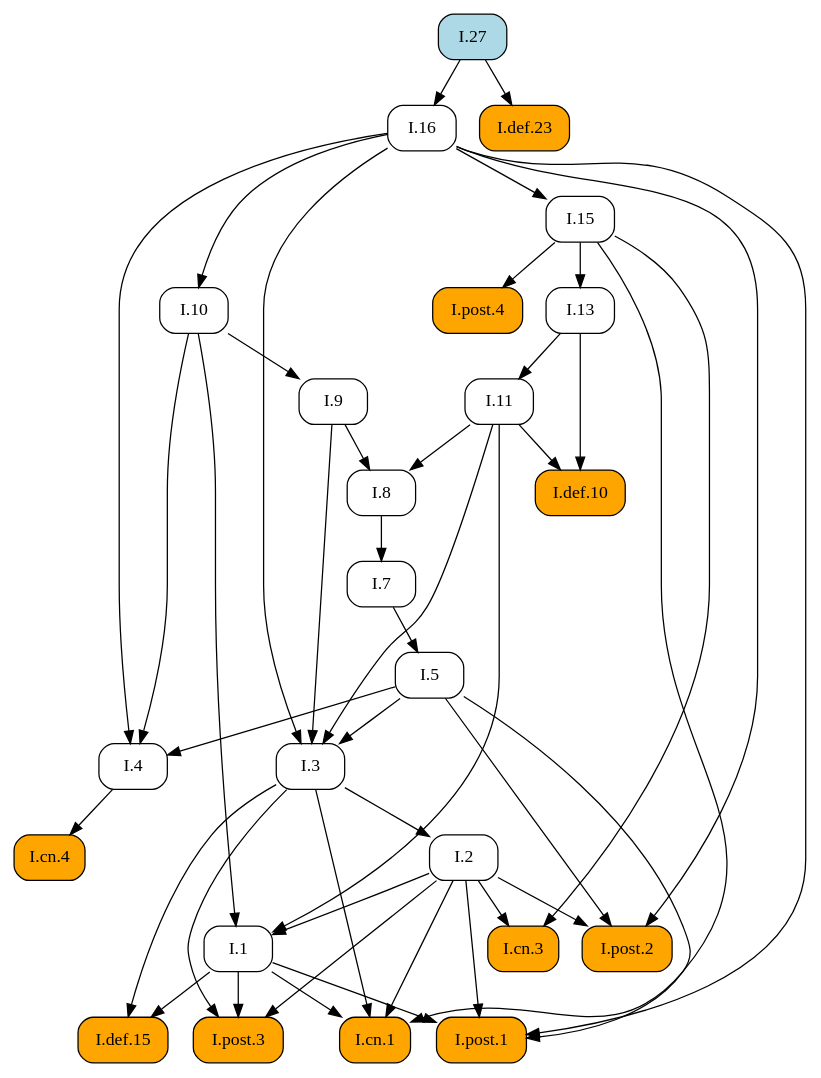
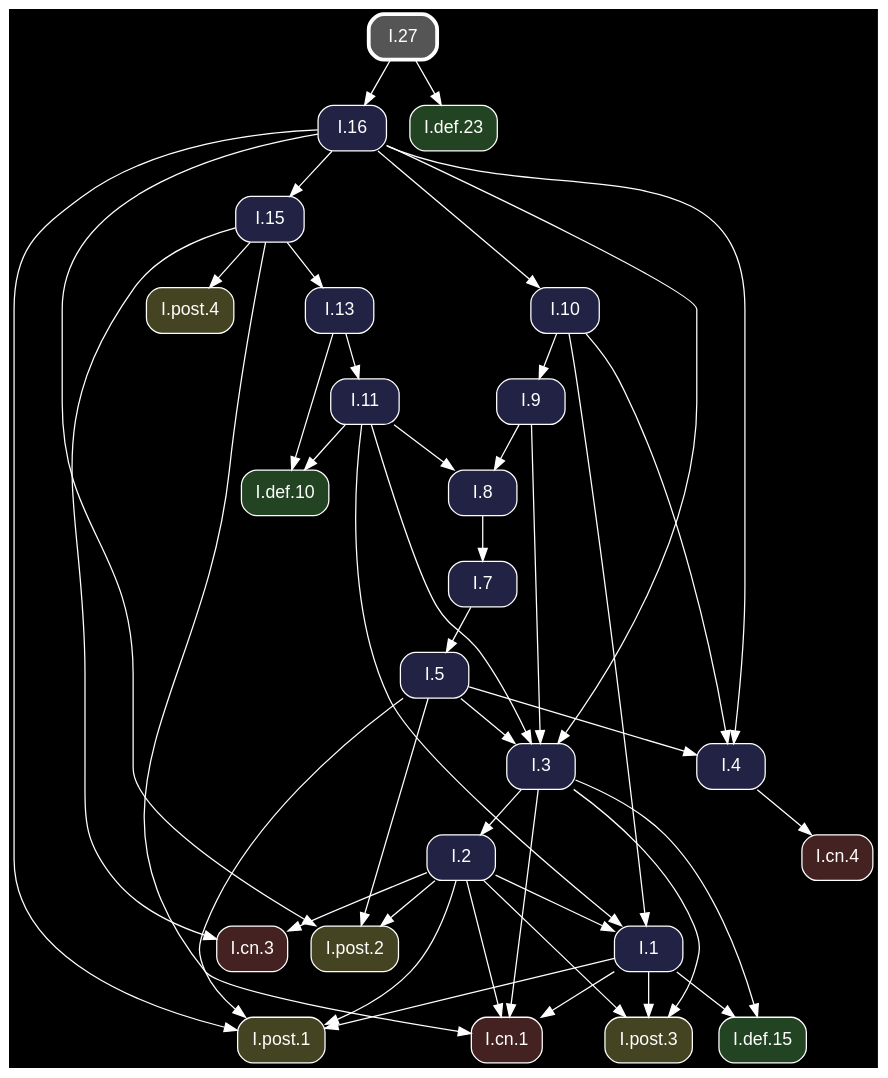
One commit to geometor/elements changed the diagram in docsrc/heath/I/27/index.rst. Above: the diagram before and after it, drawn with Graphviz. The commit also changed other lines of this file and 1200 other files, not shown here.

Commit message:
update dependency graphs

```diff
--- a/docsrc/heath/I/27/index.rst
+++ b/docsrc/heath/I/27/index.rst
@@ -83,74 +83,76 @@
 .. graphviz::
 
    digraph {
+     bgcolor="black";
+     node [shape=box, style="rounded,filled", fontname="Helvetica", color="white", fontcolor="white"];
+     edge [color="white", fontcolor="white"];
      rankdir="TB";
-     node [shape=box, style=rounded];
-     "I.9" [URL="/heath/I/9/", target="_top"];
-     "I.cn.1" [style="rounded,filled", fillcolor=orange, URL="/heath/I/cn.1/", target="_top"];
-     "I.7" [URL="/heath/I/7/", target="_top"];
-     "I.2" [URL="/heath/I/2/", target="_top"];
-     "I.def.15" [style="rounded,filled", fillcolor=orange, URL="/heath/I/def.15/", target="_top"];
-     "I.13" [URL="/heath/I/13/", target="_top"];
-     "I.post.4" [style="rounded,filled", fillcolor=orange, URL="/heath/I/post.4/", target="_top"];
-     "I.4" [URL="/heath/I/4/", target="_top"];
-     "I.1" [URL="/heath/I/1/", target="_top"];
-     "I.post.3" [style="rounded,filled", fillcolor=orange, URL="/heath/I/post.3/", target="_top"];
-     "I.post.1" [style="rounded,filled", fillcolor=orange, URL="/heath/I/post.1/", target="_top"];
-     "I.5" [URL="/heath/I/5/", target="_top"];
-     "I.8" [URL="/heath/I/8/", target="_top"];
-     "I.cn.3" [style="rounded,filled", fillcolor=orange, URL="/heath/I/cn.3/", target="_top"];
-     "I.16" [URL="/heath/I/16/", target="_top"];
-     "I.def.10" [style="rounded,filled", fillcolor=orange, URL="/heath/I/def.10/", target="_top"];
-     "I.15" [URL="/heath/I/15/", target="_top"];
-     "I.10" [URL="/heath/I/10/", target="_top"];
-     "I.11" [URL="/heath/I/11/", target="_top"];
-     "I.def.23" [style="rounded,filled", fillcolor=orange, URL="/heath/I/def.23/", target="_top"];
-     "I.27" [style="rounded,filled", fillcolor=lightblue, URL="/heath/I/27/", target="_top"];
-     "I.cn.4" [style="rounded,filled", fillcolor=orange, URL="/heath/I/cn.4/", target="_top"];
-     "I.post.2" [style="rounded,filled", fillcolor=orange, URL="/heath/I/post.2/", target="_top"];
-     "I.3" [URL="/heath/I/3/", target="_top"];
-     "I.10" -> "I.9";
+     "I.3" [fillcolor="#222244", URL="/heath/I/3/", target="_top"];
+     "I.post.1" [fillcolor="#444422", URL="/heath/I/post.1/", target="_top"];
+     "I.cn.1" [fillcolor="#442222", URL="/heath/I/cn.1/", target="_top"];
+     "I.def.10" [fillcolor="#224422", URL="/heath/I/def.10/", target="_top"];
+     "I.15" [fillcolor="#222244", URL="/heath/I/15/", target="_top"];
+     "I.11" [fillcolor="#222244", URL="/heath/I/11/", target="_top"];
+     "I.16" [fillcolor="#222244", URL="/heath/I/16/", target="_top"];
+     "I.cn.3" [fillcolor="#442222", URL="/heath/I/cn.3/", target="_top"];
+     "I.13" [fillcolor="#222244", URL="/heath/I/13/", target="_top"];
+     "I.27" [penwidth=3, color="white", fillcolor="#555555", URL="/heath/I/27/", target="_top"];
+     "I.2" [fillcolor="#222244", URL="/heath/I/2/", target="_top"];
+     "I.post.2" [fillcolor="#444422", URL="/heath/I/post.2/", target="_top"];
+     "I.cn.4" [fillcolor="#442222", URL="/heath/I/cn.4/", target="_top"];
+     "I.def.23" [fillcolor="#224422", URL="/heath/I/def.23/", target="_top"];
+     "I.9" [fillcolor="#222244", URL="/heath/I/9/", target="_top"];
+     "I.1" [fillcolor="#222244", URL="/heath/I/1/", target="_top"];
+     "I.post.4" [fillcolor="#444422", URL="/heath/I/post.4/", target="_top"];
+     "I.8" [fillcolor="#222244", URL="/heath/I/8/", target="_top"];
+     "I.4" [fillcolor="#222244", URL="/heath/I/4/", target="_top"];
+     "I.post.3" [fillcolor="#444422", URL="/heath/I/post.3/", target="_top"];
+     "I.7" [fillcolor="#222244", URL="/heath/I/7/", target="_top"];
+     "I.def.15" [fillcolor="#224422", URL="/heath/I/def.15/", target="_top"];
+     "I.5" [fillcolor="#222244", URL="/heath/I/5/", target="_top"];
+     "I.10" [fillcolor="#222244", URL="/heath/I/10/", target="_top"];
+     "I.5" -> "I.3";
+     "I.9" -> "I.3";
+     "I.11" -> "I.3";
+     "I.16" -> "I.3";
+     "I.1" -> "I.post.1";
+     "I.2" -> "I.post.1";
+     "I.5" -> "I.post.1";
+     "I.16" -> "I.post.1";
      "I.1" -> "I.cn.1";
      "I.2" -> "I.cn.1";
      "I.3" -> "I.cn.1";
      "I.15" -> "I.cn.1";
-     "I.8" -> "I.7";
+     "I.11" -> "I.def.10";
+     "I.13" -> "I.def.10";
+     "I.16" -> "I.15";
+     "I.13" -> "I.11";
+     "I.27" -> "I.16";
+     "I.2" -> "I.cn.3";
+     "I.15" -> "I.cn.3";
+     "I.15" -> "I.13";
      "I.3" -> "I.2";
-     "I.1" -> "I.def.15";
-     "I.3" -> "I.def.15";
-     "I.15" -> "I.13";
+     "I.2" -> "I.post.2";
+     "I.5" -> "I.post.2";
+     "I.16" -> "I.post.2";
+     "I.4" -> "I.cn.4";
+     "I.27" -> "I.def.23";
+     "I.10" -> "I.9";
+     "I.2" -> "I.1";
+     "I.10" -> "I.1";
+     "I.11" -> "I.1";
      "I.15" -> "I.post.4";
+     "I.9" -> "I.8";
+     "I.11" -> "I.8";
      "I.5" -> "I.4";
      "I.10" -> "I.4";
      "I.16" -> "I.4";
-     "I.2" -> "I.1";
-     "I.10" -> "I.1";
-     "I.11" -> "I.1";
      "I.1" -> "I.post.3";
      "I.2" -> "I.post.3";
      "I.3" -> "I.post.3";
-     "I.1" -> "I.post.1";
-     "I.2" -> "I.post.1";
-     "I.5" -> "I.post.1";
-     "I.16" -> "I.post.1";
+     "I.8" -> "I.7";
+     "I.1" -> "I.def.15";
+     "I.3" -> "I.def.15";
      "I.7" -> "I.5";
-     "I.9" -> "I.8";
-     "I.11" -> "I.8";
-     "I.2" -> "I.cn.3";
-     "I.15" -> "I.cn.3";
-     "I.27" -> "I.16";
-     "I.11" -> "I.def.10";
-     "I.13" -> "I.def.10";
-     "I.16" -> "I.15";
      "I.16" -> "I.10";
-     "I.13" -> "I.11";
-     "I.27" -> "I.def.23";
-     "I.4" -> "I.cn.4";
-     "I.2" -> "I.post.2";
-     "I.5" -> "I.post.2";
-     "I.16" -> "I.post.2";
-     "I.5" -> "I.3";
-     "I.9" -> "I.3";
-     "I.11" -> "I.3";
-     "I.16" -> "I.3";
    }
```
